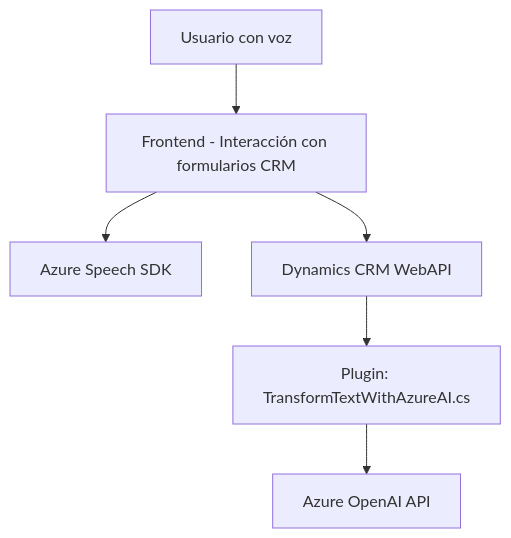
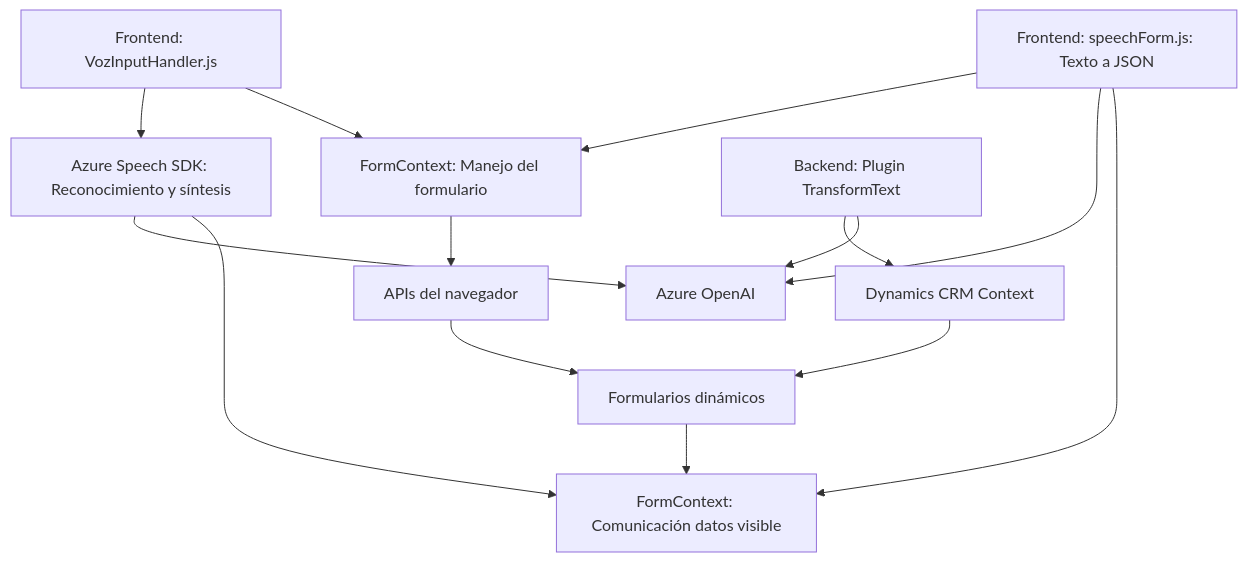
One commit to blopezdm/NETCORE_BILBAO2025 changed the diagram in README.md. Above: the diagram before and after it, drawn with Mermaid. The commit also changed other lines of this file, not shown here.

Commit message:
Actualizar análisis global de la solución con IA

````diff
--- a/README.md
+++ b/README.md
@@ -40,15 +34,19 @@
 ```mermaid
 graph TD
-    A["Frontend - Interacción con formularios CRM"]
-    B["Azure Speech SDK"]
-    C["Dynamics CRM WebAPI"]
-    D["Plugin: TransformTextWithAzureAI.cs"]
-    E["Azure OpenAI API"]
-    F["Usuario con voz"]
+    A["Frontend: VozInputHandler.js"] --> B["Azure Speech SDK: Reconocimiento y síntesis"]
+    A --> C["FormContext: Manejo del formulario"]
+    B --> D["Servicios Azure Speech"]
+    C --> E["APIs del navegador"]
+    E --> J["Manejo de campos visibles"]
+    B --> F["FormContext: Comunicación datos visible"]
+    
+    G["Frontend: speechForm.js: Texto a JSON"] --> C
+    G --> D
+    G --> F
 
-    F --> A
-    A --> B
-    A --> C
-    C --> D
-    D --> E
+    H["Backend: Plugin TransformText"] --> I["Dynamics CRM Context"]
+    H --> D["Azure OpenAI"]
+
+    I --> J["Formularios dinámicos"]
+    J --> F
 ```
````
